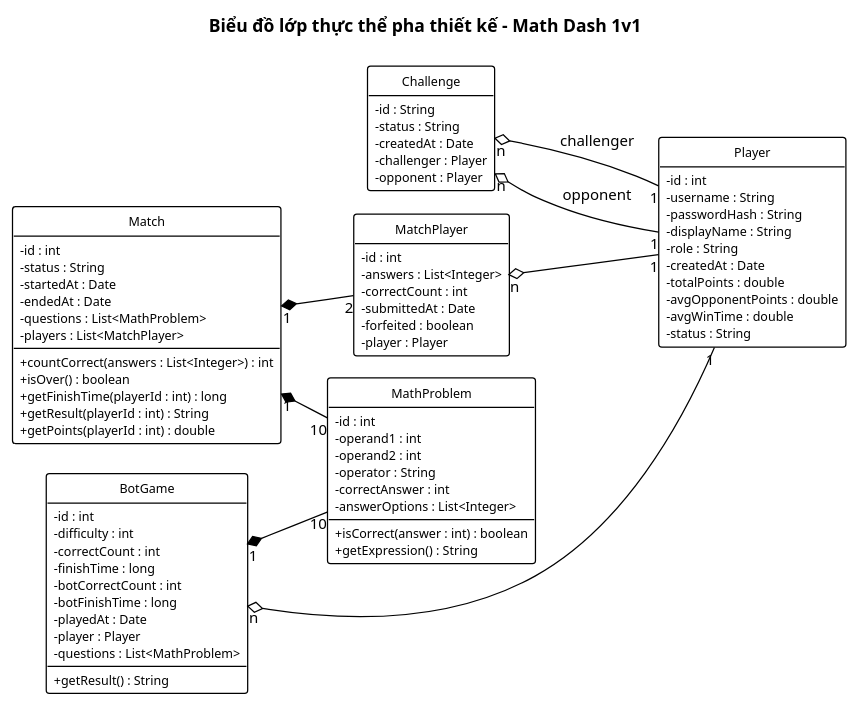
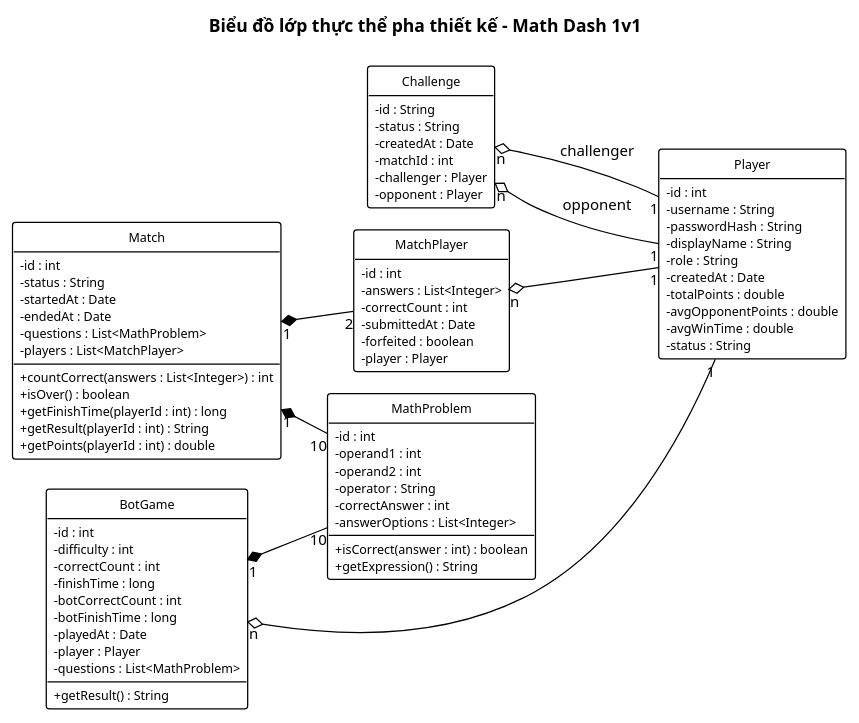
Before and after one commit to HungNguyenBa1811/math-dash: the diagram in docs/chung/lop-thuc-the-thiet-ke.puml, drawn with PlantUML. The commit also changed 14 other files, not shown here.

```diff
--- a/docs/chung/lop-thuc-the-thiet-ke.puml
+++ b/docs/chung/lop-thuc-the-thiet-ke.puml
@@ -1,93 +1,94 @@
 @startuml lop-thuc-the-thiet-ke
 !pragma layout smetana
 ' === VP Base Theme v2 ===
 skinparam defaultFontName "Segoe UI"
 skinparam defaultFontSize 12
 skinparam shadowing false
 skinparam arrowColor #000000
 skinparam lineColor #000000
 hide circle
 hide empty members
 skinparam classAttributeIconSize 0
 skinparam class {
   BackgroundColor #FFFFFF
   BorderColor #000000
   FontColor #000000
   FontSize 11
   AttributeFontSize 10
   BorderThickness 1
 }
 left to right direction
 title Biểu đồ lớp thực thể pha thiết kế – Math Dash 1v1
 
 class Player {
   - id : int
   - username : String
   - passwordHash : String
   - displayName : String
   - role : String
   - createdAt : Date
   - totalPoints : double
   - avgOpponentPoints : double
   - avgWinTime : double
   - status : String
 }
 class MathProblem {
   - id : int
   - operand1 : int
   - operand2 : int
   - operator : String
   - correctAnswer : int
   - answerOptions : List<Integer>
   + isCorrect(answer : int) : boolean
   + getExpression() : String
 }
 class Challenge {
   - id : String
   - status : String
   - createdAt : Date
+  - matchId : int
   - challenger : Player
   - opponent : Player
 }
 class Match {
   - id : int
   - status : String
   - startedAt : Date
   - endedAt : Date
   - questions : List<MathProblem>
   - players : List<MatchPlayer>
   + countCorrect(answers : List<Integer>) : int
   + isOver() : boolean
   + getFinishTime(playerId : int) : long
   + getResult(playerId : int) : String
   + getPoints(playerId : int) : double
 }
 class MatchPlayer {
   - id : int
   - answers : List<Integer>
   - correctCount : int
   - submittedAt : Date
   - forfeited : boolean
   - player : Player
 }
 class BotGame {
   - id : int
   - difficulty : int
   - correctCount : int
   - finishTime : long
   - botCorrectCount : int
   - botFinishTime : long
   - playedAt : Date
   - player : Player
   - questions : List<MathProblem>
   + getResult() : String
 }
 
 Challenge "n" o-- "1" Player : challenger
 Challenge "n" o-- "1" Player : opponent
 Match "1" *-- "2" MatchPlayer
 MatchPlayer "n" o-- "1" Player
 Match "1" *-- "10" MathProblem
 BotGame "n" o-- "1" Player
 BotGame "1" *-- "10" MathProblem
 @enduml
```
